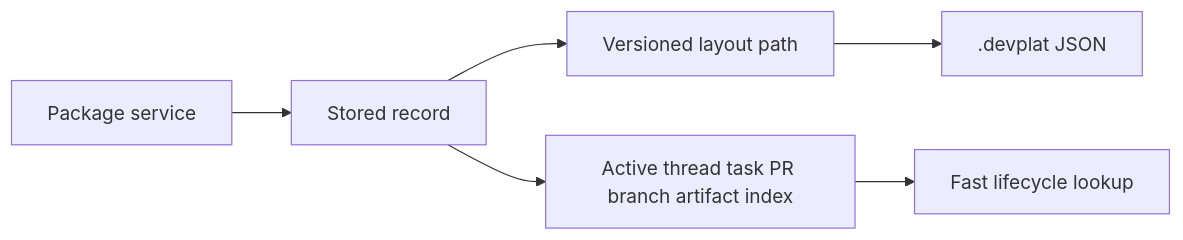
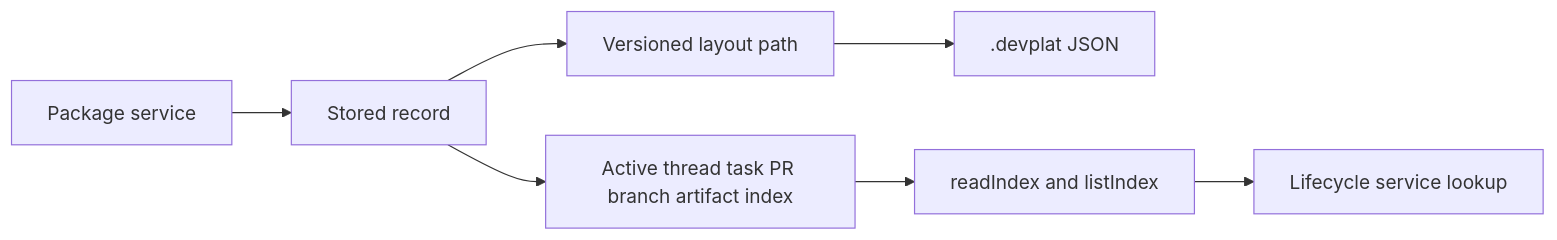
Before and after one commit to VannaDii/ironloom: the diagram in packages/storage/README.md, drawn with Mermaid. The commit also changed other lines of this file and 14 other files, not shown here.

````diff
--- a/packages/storage/README.md
+++ b/packages/storage/README.md
@@ -11,8 +13,9 @@
 ```mermaid
 flowchart LR
   Service[Package service] --> Record[Stored record]
   Record --> Layout[Versioned layout path]
   Record --> Index[Active thread task PR branch artifact index]
   Layout --> Disk[.devplat JSON]
-  Index --> Lookup[Fast lifecycle lookup]
+  Index --> Lookup[readIndex and listIndex]
+  Lookup --> Caller[Lifecycle service lookup]
 ```
````
